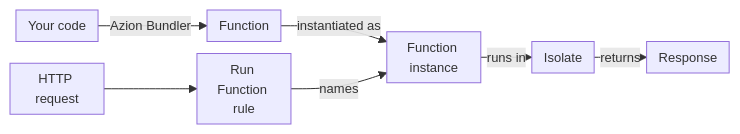
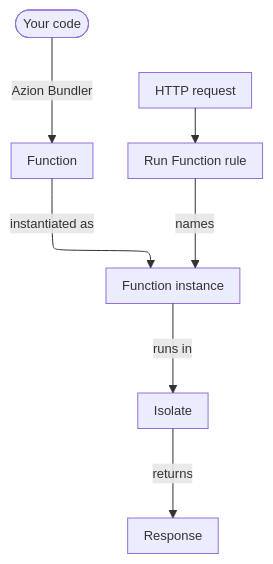
The diagram in apps/docs/src/content/docs/en/pages/devtools/azion-edge-runtime/overview/overview.mdx (aziontech/docs), drawn with Mermaid before and after one commit. The commit also changed 179 other files, not shown here.

Commit message:
docs(diagrams): redraw every other diagram in the use-case diagram style (#2513)

````diff
--- a/apps/docs/src/content/docs/en/pages/devtools/azion-edge-runtime/overview/overview.mdx
+++ b/apps/docs/src/content/docs/en/pages/devtools/azion-edge-runtime/overview/overview.mdx
@@ -61,10 +61,10 @@
 ```mermaid
-%%{init: {"layout": "dagre", "themeVariables": {"fontSize": "13px"}, "flowchart": {"nodeSpacing": 12, "rankSpacing": 12, "padding": 6, "wrappingWidth": 70, "minNodeWidth": 40, "useMaxWidth": true}}}%%
-flowchart LR
-  Code["Your code"] -->|"Azion Bundler"| Fn["Function"]
+%%{init: {"layout": "elk", "themeVariables": {"fontSize": "13px"}, "flowchart": {"nodeSpacing": 24, "rankSpacing": 36, "padding": 8, "wrappingWidth": 150, "useMaxWidth": true}, "sequence": {"width": 120, "actorMargin": 30, "useMaxWidth": true}}}%%
+flowchart TD
+  Code(["Your code"]) -->|"Azion Bundler"| Fn["Function"]
   Fn -->|"instantiated as"| Inst["Function instance"]
   Req["HTTP request"] --> Rule["Run Function rule"]
   Rule -->|"names"| Inst
   Inst -->|"runs in"| Iso["Isolate"]
   Iso -->|"returns"| Resp["Response"]
 ```
````
